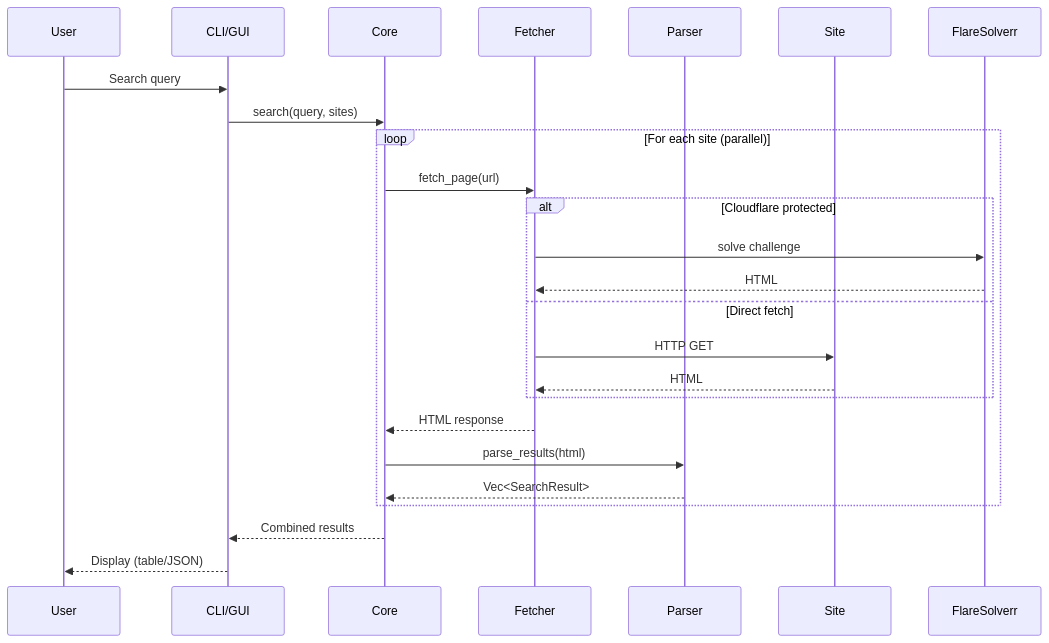
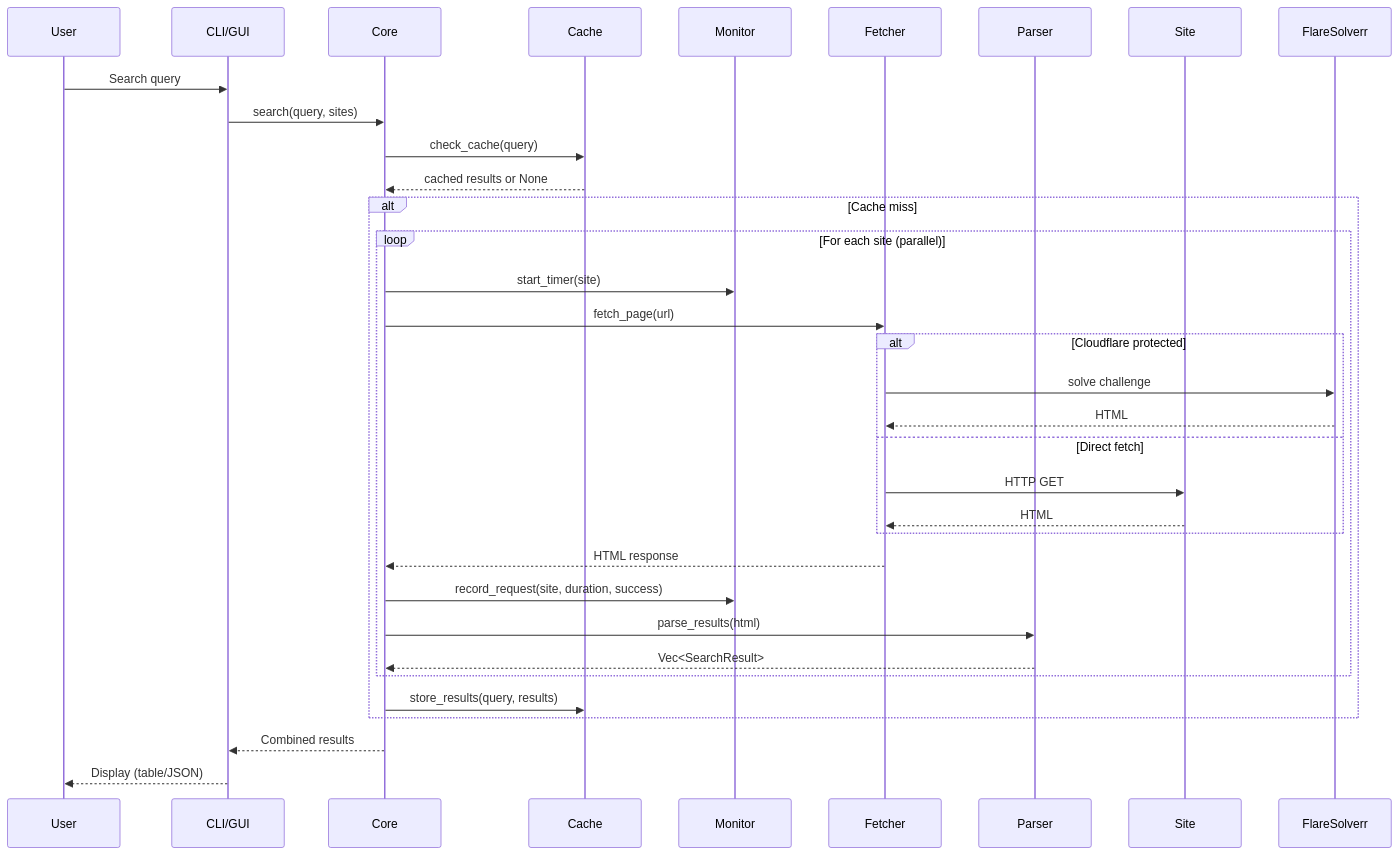
The second of 2 diagrams in docs/ARCHITECTURE.md (reekid420/website-searcher), drawn with Mermaid before and after one commit. The commit also changed other lines of this file and 17 other files, not shown here.

````diff
--- a/docs/ARCHITECTURE.md
+++ b/docs/ARCHITECTURE.md
@@ -62,31 +72,41 @@
 ```mermaid
 sequenceDiagram
     participant User
     participant CLI/GUI
     participant Core
+    participant Cache
+    participant Monitor
     participant Fetcher
     participant Parser
     participant Site
 
     User->>CLI/GUI: Search query
     CLI/GUI->>Core: search(query, sites)
+    Core->>Cache: check_cache(query)
+    Cache-->>Core: cached results or None
     
-    loop For each site (parallel)
-        Core->>Fetcher: fetch_page(url)
-        
-        alt Cloudflare protected
-            Fetcher->>FlareSolverr: solve challenge
-            FlareSolverr-->>Fetcher: HTML
-        else Direct fetch
-            Fetcher->>Site: HTTP GET
-            Site-->>Fetcher: HTML
+    alt Cache miss
+        loop For each site (parallel)
+            Core->>Monitor: start_timer(site)
+            Core->>Fetcher: fetch_page(url)
+            
+            alt Cloudflare protected
+                Fetcher->>FlareSolverr: solve challenge
+                FlareSolverr-->>Fetcher: HTML
+            else Direct fetch
+                Fetcher->>Site: HTTP GET
+                Site-->>Fetcher: HTML
+            end
+            
+            Fetcher-->>Core: HTML response
+            Core->>Monitor: record_request(site, duration, success)
+            Core->>Parser: parse_results(html)
+            Parser-->>Core: Vec<SearchResult>
         end
         
-        Fetcher-->>Core: HTML response
-        Core->>Parser: parse_results(html)
-        Parser-->>Core: Vec<SearchResult>
+        Core->>Cache: store_results(query, results)
     end
     
     Core-->>CLI/GUI: Combined results
     CLI/GUI-->>User: Display (table/JSON)
 ```
````
